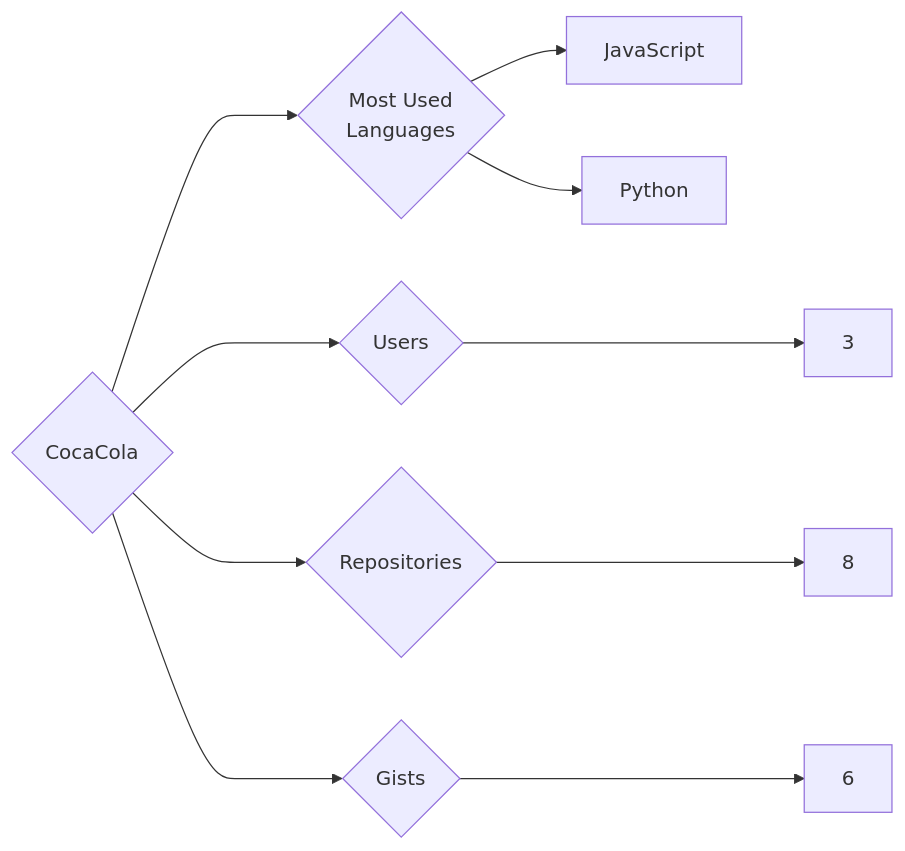
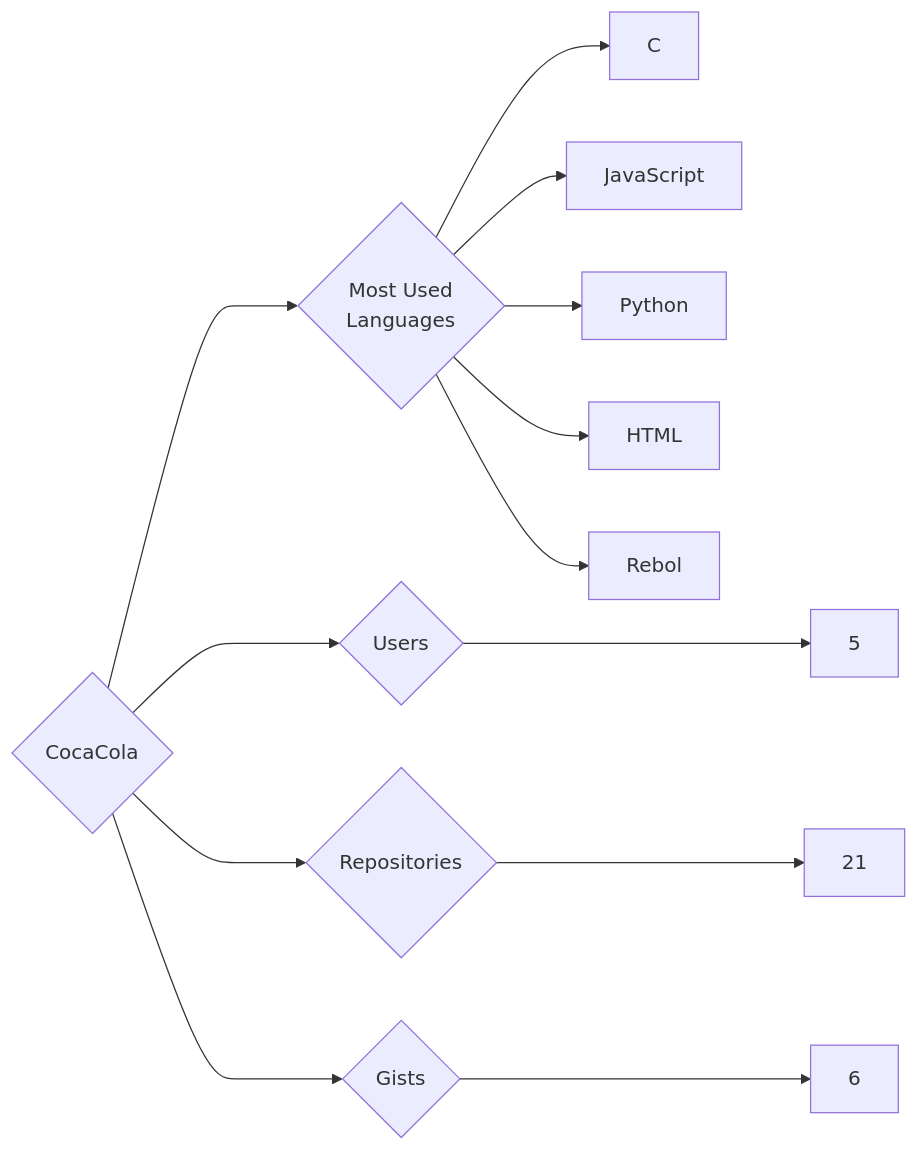
Before and after one commit to trickest/insiders: the diagram in targets/CocaCola/README.md, drawn with Mermaid. The commit also changed 873 other files, not shown here.

````diff
--- a/targets/CocaCola/README.md
+++ b/targets/CocaCola/README.md
@@ -3,10 +3,13 @@
 ```mermaid
 graph LR
 COMPANY_NAME{CocaCola}
-COMPANY_NAME ---> U{Users} ---> UN[3]
-COMPANY_NAME ---> R{Repositories} ---> RN[8]
+COMPANY_NAME ---> U{Users} ---> UN[5]
+COMPANY_NAME ---> R{Repositories} ---> RN[21]
 COMPANY_NAME ---> G{Gists} ---> GN[6]
 COMPANY_NAME ---> ML{Most Used<br>Languages}
+ML --> C[C]
 ML --> JavaScript[JavaScript]
 ML --> Python[Python]
+ML --> HTML[HTML]
+ML --> Rebol[Rebol]
 ```
````
